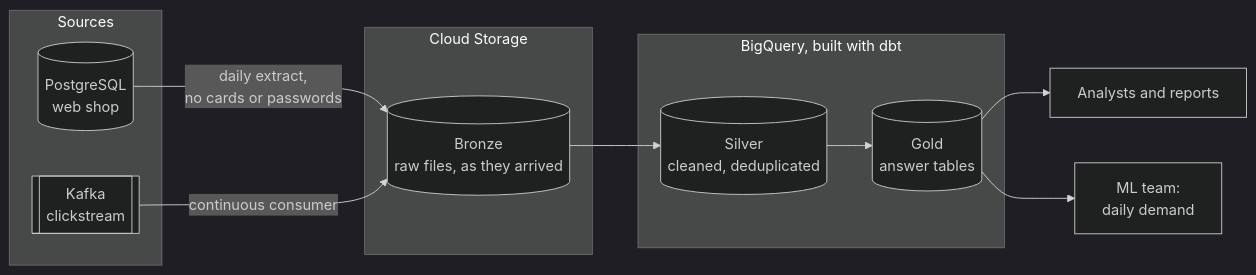
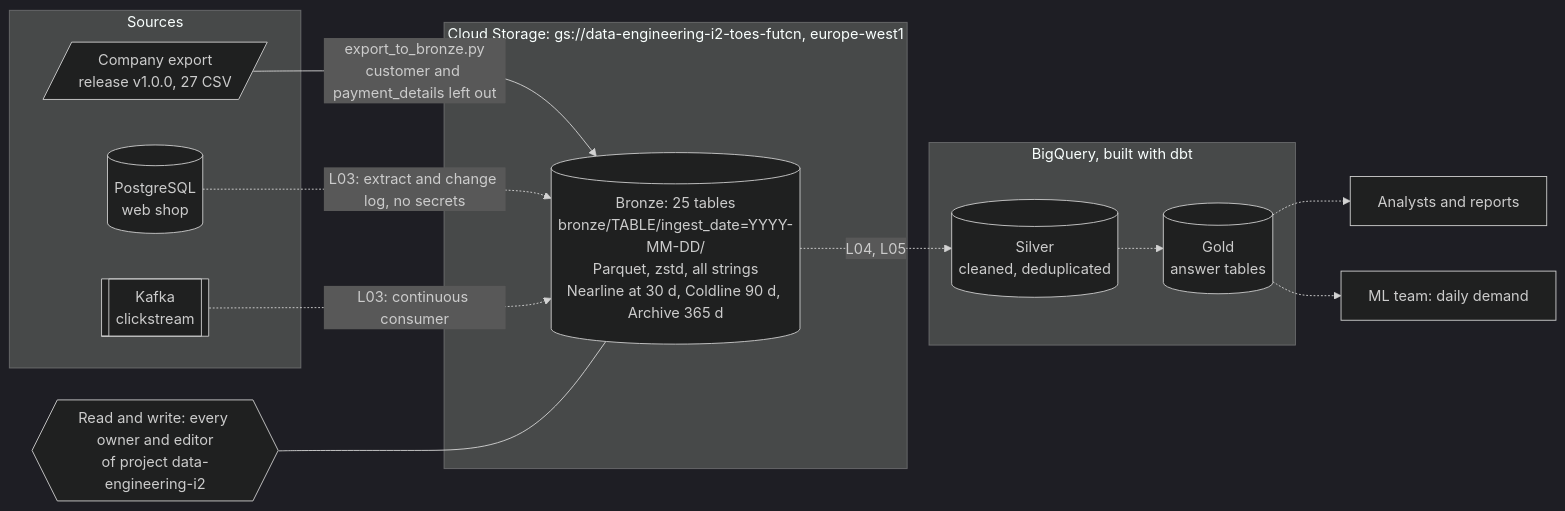
Before and after one commit to Tomoroshimaru/Data_Engineering_ugo_feliz_nicolas_come_thomas: the diagram in docs/architecture.md, drawn with Mermaid (dark theme). The commit also changed other lines of this file and 251 other files, not shown here.

````diff
--- a/docs/architecture.md
+++ b/docs/architecture.md
@@ -18,22 +20,26 @@
 ```mermaid
 flowchart LR
   subgraph sources[Sources]
+    export[/Company export<br/>release v1.0.0, 27 CSV/]
     pg[(PostgreSQL<br/>web shop)]
     kafka[[Kafka<br/>clickstream]]
   end
 
-  subgraph gcs[Cloud Storage]
-    bronze[(Bronze<br/>raw files, as they arrived)]
+  subgraph gcs["Cloud Storage: gs://data-engineering-i2-toes-futcn, europe-west1"]
+    bronze[("Bronze: 25 tables<br/>bronze/TABLE/ingest_date=YYYY-MM-DD/<br/>Parquet, zstd, all strings<br/>Nearline at 30 d, Coldline 90 d, Archive 365 d")]
   end
 
   subgraph bq[BigQuery, built with dbt]
     silver[(Silver<br/>cleaned, deduplicated)]
     gold[(Gold<br/>answer tables)]
   end
 
-  pg -- daily extract,<br/>no cards or passwords --> bronze
-  kafka -- continuous consumer --> bronze
-  bronze --> silver --> gold
-  gold --> analysts[Analysts and reports]
-  gold --> ml[ML team:<br/>daily demand]
+  export -- "export_to_bronze.py<br/>customer and payment_details left out" --> bronze
+  pg -. "L03: extract and change log, no secrets" .-> bronze
+  kafka -. "L03: continuous consumer" .-> bronze
+  bronze -. "L04, L05" .-> silver -.-> gold
+  gold -.-> analysts[Analysts and reports]
+  gold -.-> ml[ML team: daily demand]
+
+  access{{"Read and write: every owner and editor<br/>of project data-engineering-i2"}} --- bronze
 ```
````
